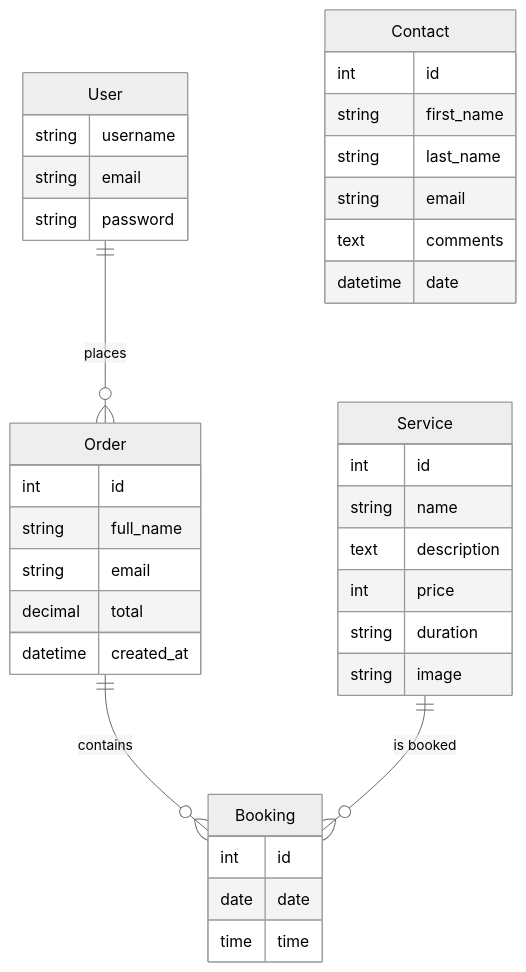
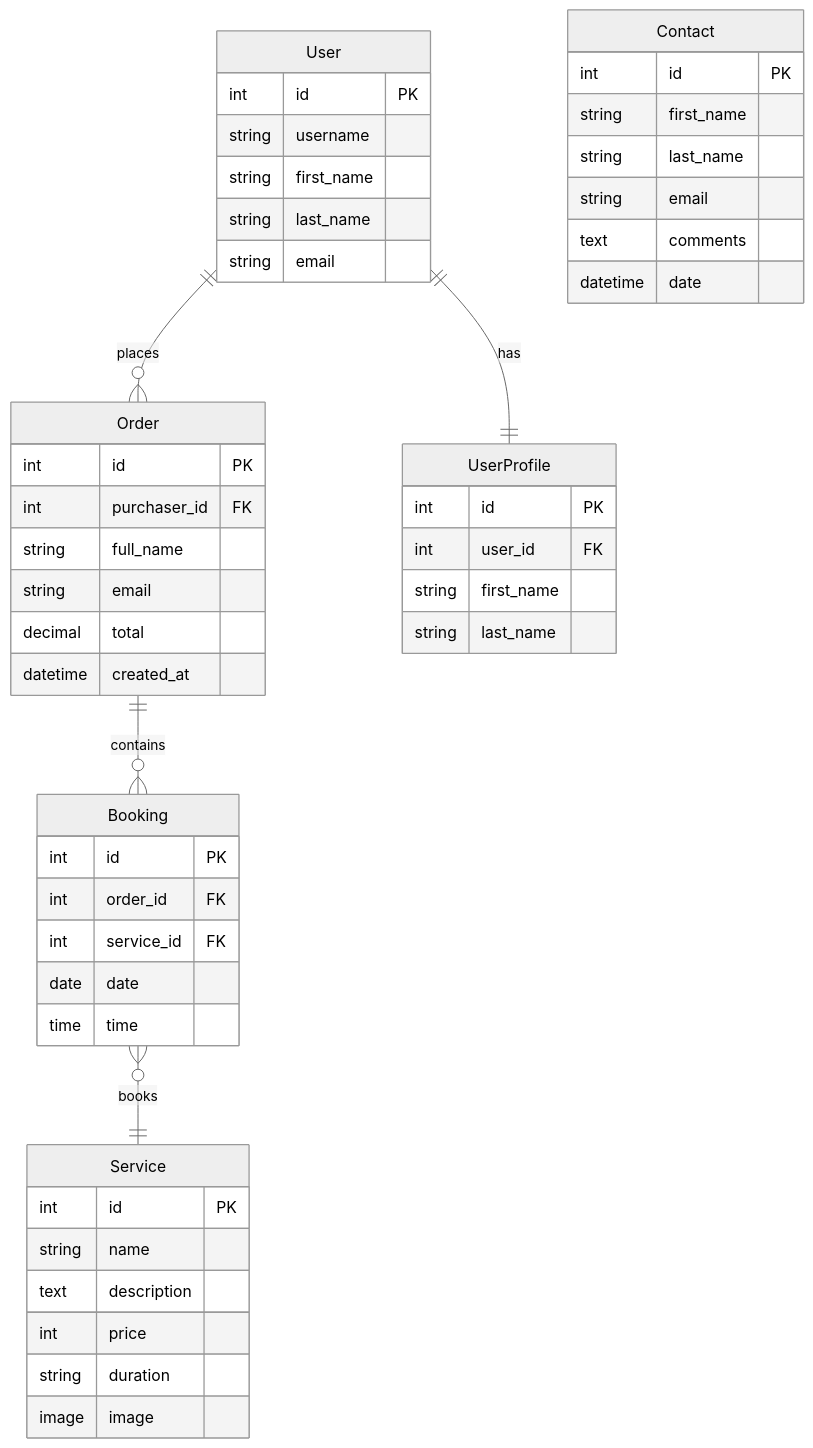
The diagram in README.md (MeganRoberts-dev/megan-roberts-dressage), drawn with Mermaid (neutral theme) before and after one commit. The commit also changed other lines of this file, not shown here.

Commit message:
Update ERD on README

````diff
--- a/README.md
+++ b/README.md
@@ -136,45 +136,51 @@
 ```mermaid
 erDiagram
-    User {
-        string username
+    User ||--o{ Order : places
+    Order ||--o{ Booking : contains
+    Booking }o--|| Service : books
+    User ||--|| UserProfile : has
+    Order {
+        int id PK
+        int purchaser_id FK
+        string full_name
         string email
-        string password
+        decimal total
+        datetime created_at
     }
-
+    Booking {
+        int id PK
+        int order_id FK
+        int service_id FK
+        date date
+        time time
+    }
     Service {
-        int id
+        int id PK
         string name
         text description
         int price
         string duration
-        string image
+        image image
     }
-
     Contact {
-        int id
+        int id PK
         string first_name
         string last_name
         string email
         text comments
         datetime date
     }
-
-    Order {
-        int id
-        string full_name
+    User {
+        int id PK
+        string username
+        string first_name
+        string last_name
         string email
-        decimal total
-        datetime created_at
     }
-
-    Booking {
-        int id
-        date date
-        time time
+    UserProfile {
+        int id PK
+        int user_id FK
+        string first_name
+        string last_name
     }
-
-    User ||--o{ Order : "places"
-    Order ||--o{ Booking : "contains"
-    Service ||--o{ Booking : "is booked"
-
 ```
````
